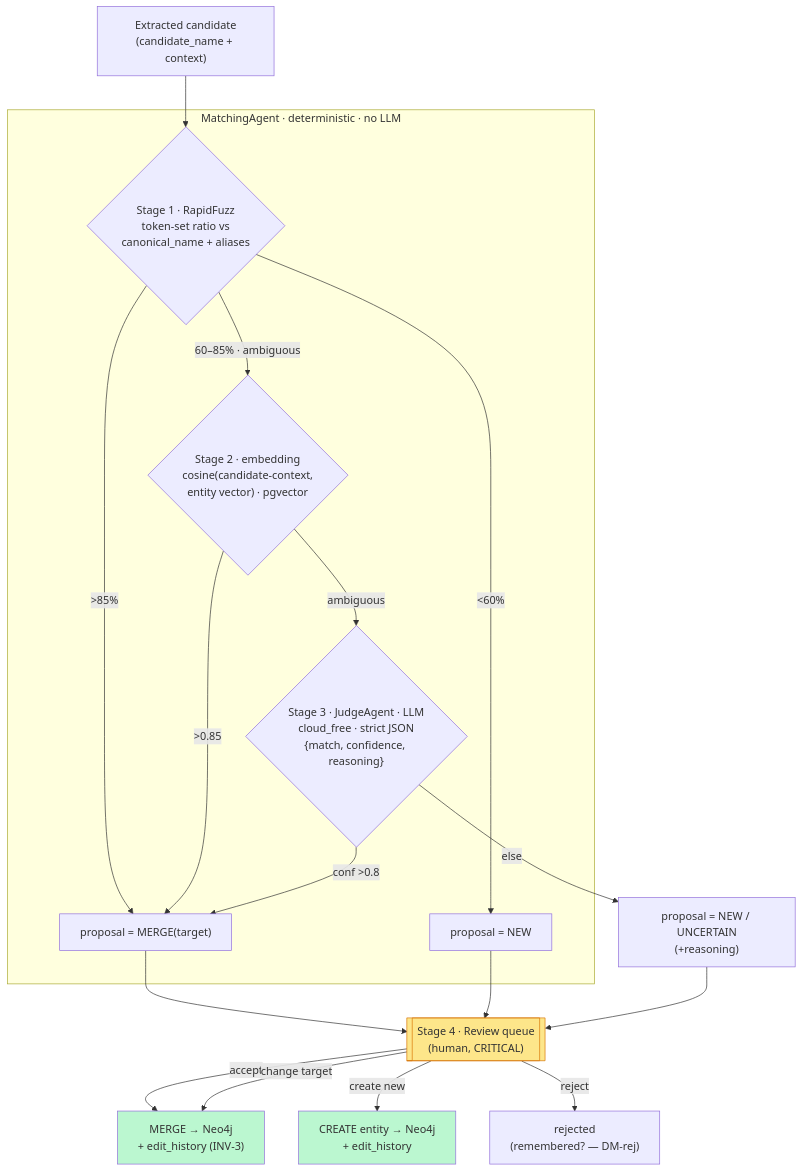
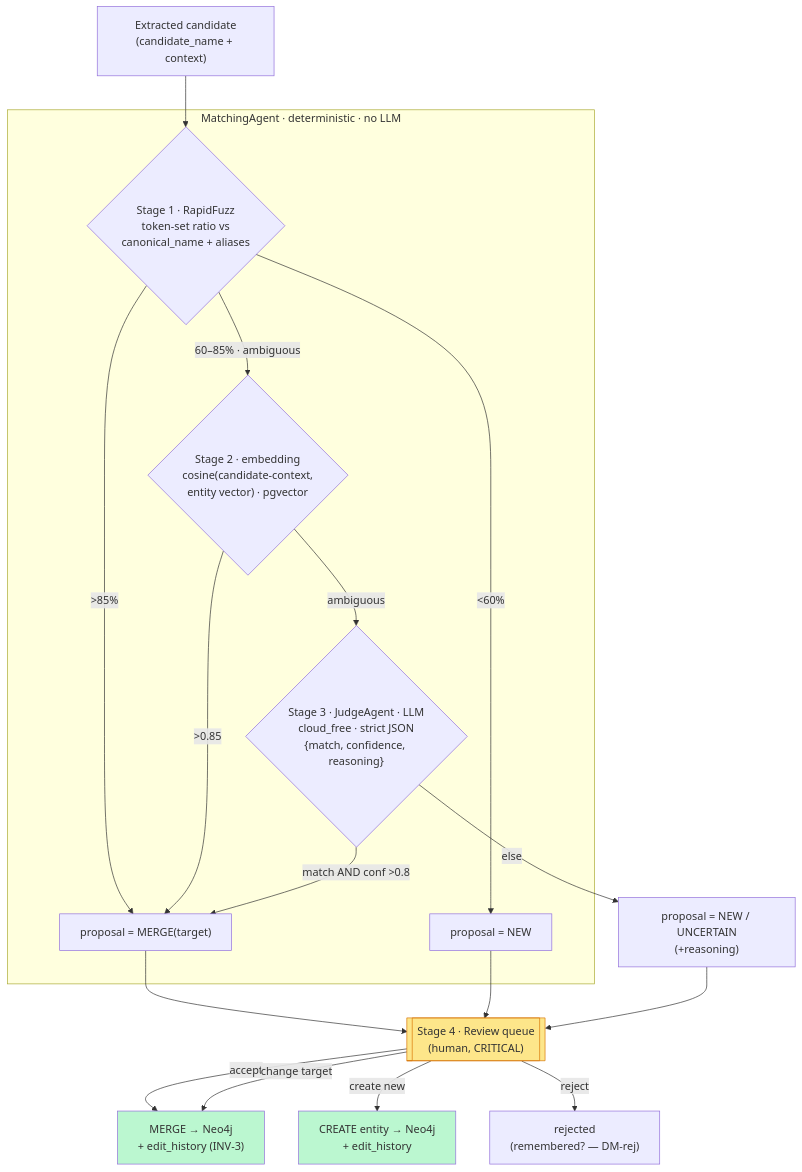
The diagram in architecture/proposals/m3-cascade-matching.md (yaaisiu/story-forge), drawn with Mermaid before and after one commit. The commit also changed other lines of this file and 9 other files, not shown here.

````diff
--- a/architecture/proposals/m3-cascade-matching.md
+++ b/architecture/proposals/m3-cascade-matching.md
@@ -117,25 +120,25 @@
 ```mermaid
 flowchart TD
     C["Extracted candidate<br/>(candidate_name + context)"] --> S1
     subgraph MatchingAgent [MatchingAgent · deterministic · no LLM]
       S1{"Stage 1 · RapidFuzz<br/>token-set ratio vs<br/>canonical_name + aliases"}
       S1 -->|">85%"| PM["proposal = MERGE(target)"]
       S1 -->|"60–85% · ambiguous"| S2{"Stage 2 · embedding<br/>cosine(candidate-context,<br/>entity vector) · pgvector"}
       S1 -->|"<60%"| PN["proposal = NEW"]
       S2 -->|">0.85"| PM
       S2 -->|"ambiguous"| S3
     end
     S3{"Stage 3 · JudgeAgent · LLM<br/>cloud_free · strict JSON<br/>{match, confidence, reasoning}"}
-    S3 -->|"conf >0.8"| PM
+    S3 -->|"match AND conf >0.8"| PM
     S3 -->|"else"| PU["proposal = NEW / UNCERTAIN<br/>(+reasoning)"]
     PM --> Q[["Stage 4 · Review queue<br/>(human, CRITICAL)"]]
     PN --> Q
     PU --> Q
     Q -->|"accept"| MERGE["MERGE → Neo4j<br/>+ edit_history (INV-3)"]
     Q -->|"change target"| MERGE
     Q -->|"create new"| CREATE["CREATE entity → Neo4j<br/>+ edit_history"]
     Q -->|"reject"| REJ["rejected<br/>(remembered? — DM-rej)"]
     style Q fill:#fde68a,stroke:#d97706
     style MERGE fill:#bbf7d0
     style CREATE fill:#bbf7d0
 ```
````
